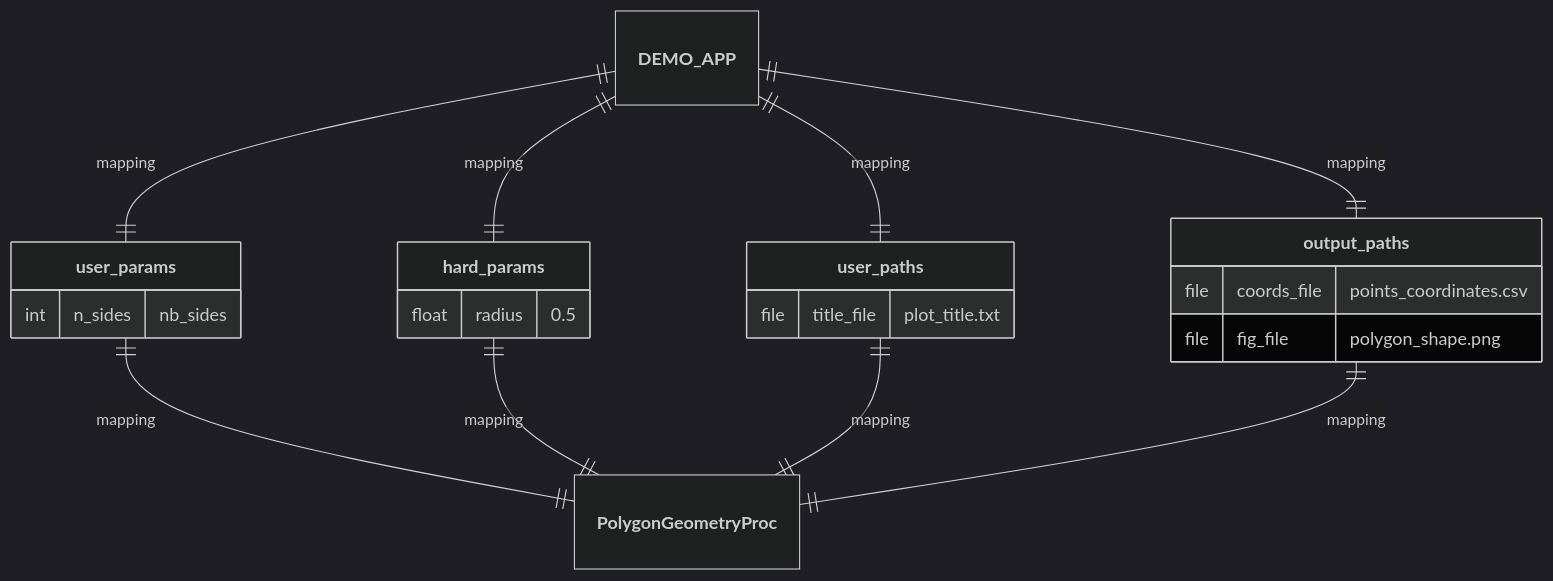
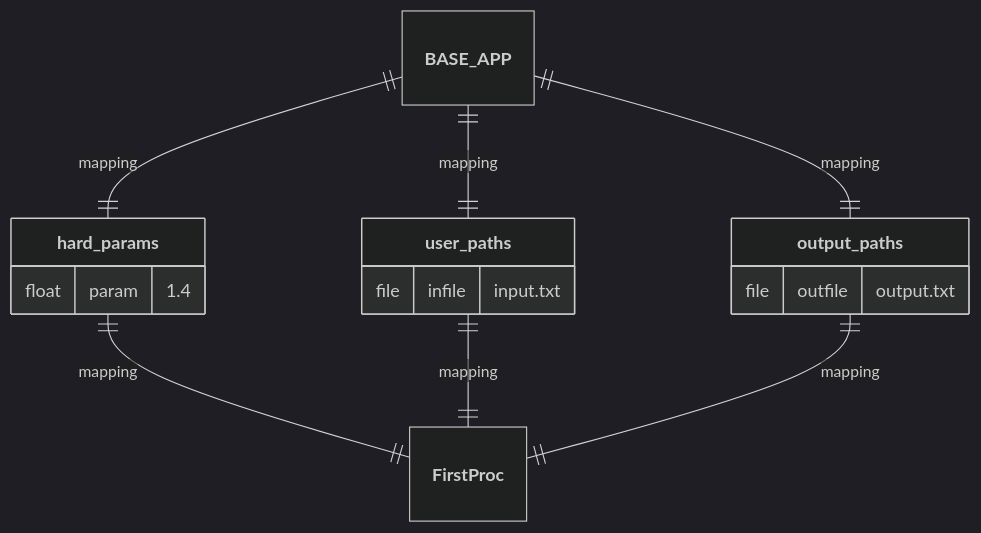
One commit to nuremics/nuremics-labs changed the second of 6 diagrams in src/labs/apps/general/BASE_APP/README.md. Above: the diagram before and after it, drawn with Mermaid (dark theme). The commit also changed other lines of this file and 2 other files, not shown here.

Commit message:
update BASE_APP README

````diff
--- a/src/labs/apps/general/BASE_APP/README.md
+++ b/src/labs/apps/general/BASE_APP/README.md
@@ -49,25 +28,19 @@
 ```mermaid
 erDiagram
-  **DEMO_APP** ||--|| **user_params** : mapping
-  **DEMO_APP** ||--|| **hard_params** : mapping
-  **DEMO_APP** ||--|| **user_paths** : mapping
-  **DEMO_APP** ||--|| **output_paths** : mapping
-  **user_params** ||--|| **PolygonGeometryProc** : mapping
-  **hard_params** ||--|| **PolygonGeometryProc** : mapping
-  **user_paths** ||--|| **PolygonGeometryProc** : mapping
-  **output_paths** ||--|| **PolygonGeometryProc** : mapping
+  **BASE_APP** ||--|| **hard_params** : mapping
+  **BASE_APP** ||--|| **user_paths** : mapping
+  **BASE_APP** ||--|| **output_paths** : mapping
+  **hard_params** ||--|| **FirstProc** : mapping
+  **user_paths** ||--|| **FirstProc** : mapping
+  **output_paths** ||--|| **FirstProc** : mapping
 
-  **user_params** {
-    int n_sides "nb_sides"
-  }
   **hard_params** {
-    float radius "0.5"
+    float param "1.4"
   }
   **user_paths** {
-    file title_file "plot_title.txt"
+    file infile "input.txt"
   }
   **output_paths** {
-    file coords_file "points_coordinates.csv"
-    file fig_file "polygon_shape.png"
+    file outfile "output.txt"
   }
 ```
````
